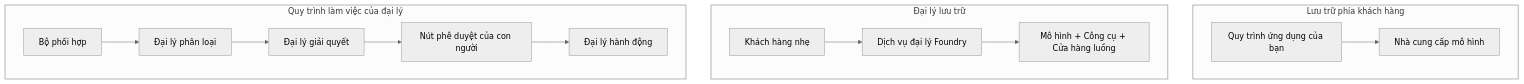
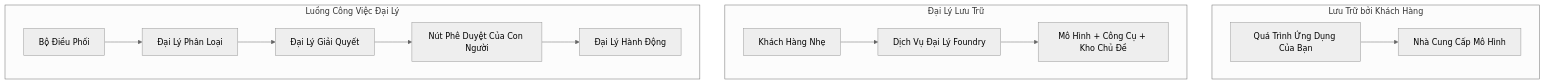
One commit to gabrielmoreira/agent-skills-mirror changed the first of 4 diagrams in mirrors/repos/microsoft@ai-agents-for-beginners/translations/vi/16-deploying-scalable-agents/README.md. Above: the diagram before and after it, drawn with Mermaid (neutral theme). The commit also changed other lines of this file and 3581 other files, not shown here.

````diff
--- a/mirrors/repos/microsoft@ai-agents-for-beginners/translations/vi/16-deploying-scalable-agents/README.md
+++ b/mirrors/repos/microsoft@ai-agents-for-beginners/translations/vi/16-deploying-scalable-agents/README.md
@@ -87,16 +87,16 @@
 ```mermaid
 flowchart TB
-    subgraph P1[Lưu trữ phía khách hàng]
-        A1[Quy trình ứng dụng của bạn] --> M1[Nhà cung cấp mô hình]
+    subgraph P1[Lưu Trữ bởi Khách Hàng]
+        A1[Quá Trình Ứng Dụng Của Bạn] --> M1[Nhà Cung Cấp Mô Hình]
     end
-    subgraph P2[Đại lý lưu trữ]
-        A2[Khách hàng nhẹ] --> F2[Dịch vụ đại lý Foundry]
-        F2 --> M2[Mô hình + Công cụ + Cửa hàng luồng]
+    subgraph P2[Đại Lý Lưu Trữ]
+        A2[Khách Hàng Nhẹ] --> F2[Dịch Vụ Đại Lý Foundry]
+        F2 --> M2[Mô Hình + Công Cụ + Kho Chủ Đề]
     end
-    subgraph P3[Quy trình làm việc của đại lý]
-        A3[Bộ phối hợp] --> S1[Đại lý phân loại]
-        S1 --> S2[Đại lý giải quyết]
-        S2 --> H[Nút phê duyệt của con người]
-        H --> S3[Đại lý hành động]
+    subgraph P3[Luồng Công Việc Đại Lý]
+        A3[Bộ Điều Phối] --> S1[Đại Lý Phân Loại]
+        S1 --> S2[Đại Lý Giải Quyết]
+        S2 --> H[Nút Phê Duyệt Của Con Người]
+        H --> S3[Đại Lý Hành Động]
     end
 ```
````
